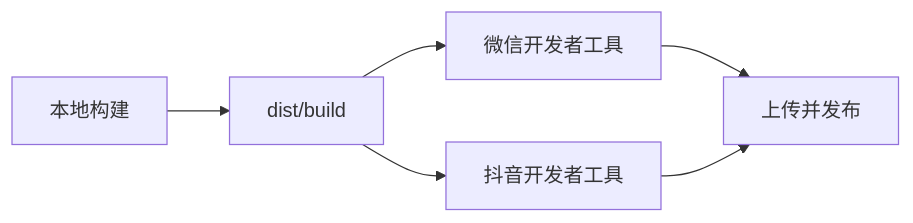
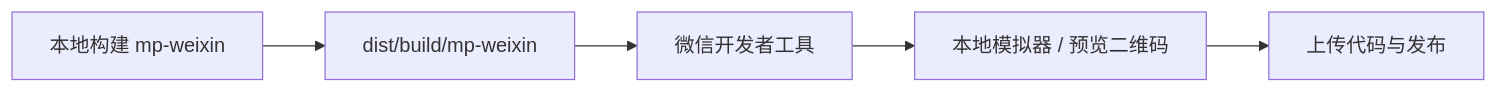
Before and after one commit to gee-coder/template-uniapp-mini: the fourth of 4 diagrams in README.md, drawn with Mermaid. The commit also changed other lines of this file and 17 other files, not shown here.

````diff
--- a/README.md
+++ b/README.md
@@ -143,8 +163,7 @@
 ```mermaid
 flowchart LR
-    Build["本地构建"] --> Dist["dist/build"]
-    Dist --> WX["微信开发者工具"]
-    Dist --> TT["抖音开发者工具"]
-    WX --> Publish["上传并发布"]
-    TT --> Publish
+    Build["本地构建 mp-weixin"] --> Dist["dist/build/mp-weixin"]
+    Dist --> IDE["微信开发者工具"]
+    IDE --> Preview["本地模拟器 / 预览二维码"]
+    Preview --> Release["上传代码与发布"]
 ```
````
